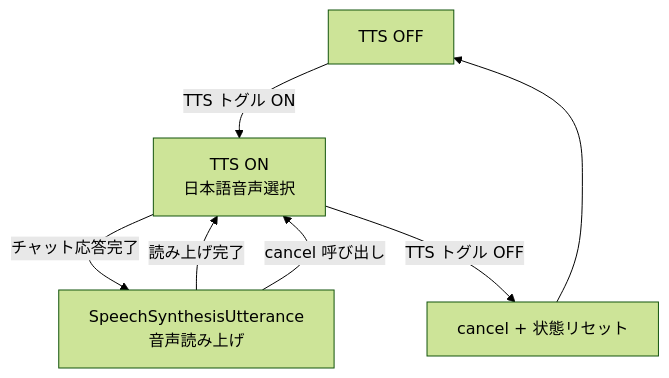
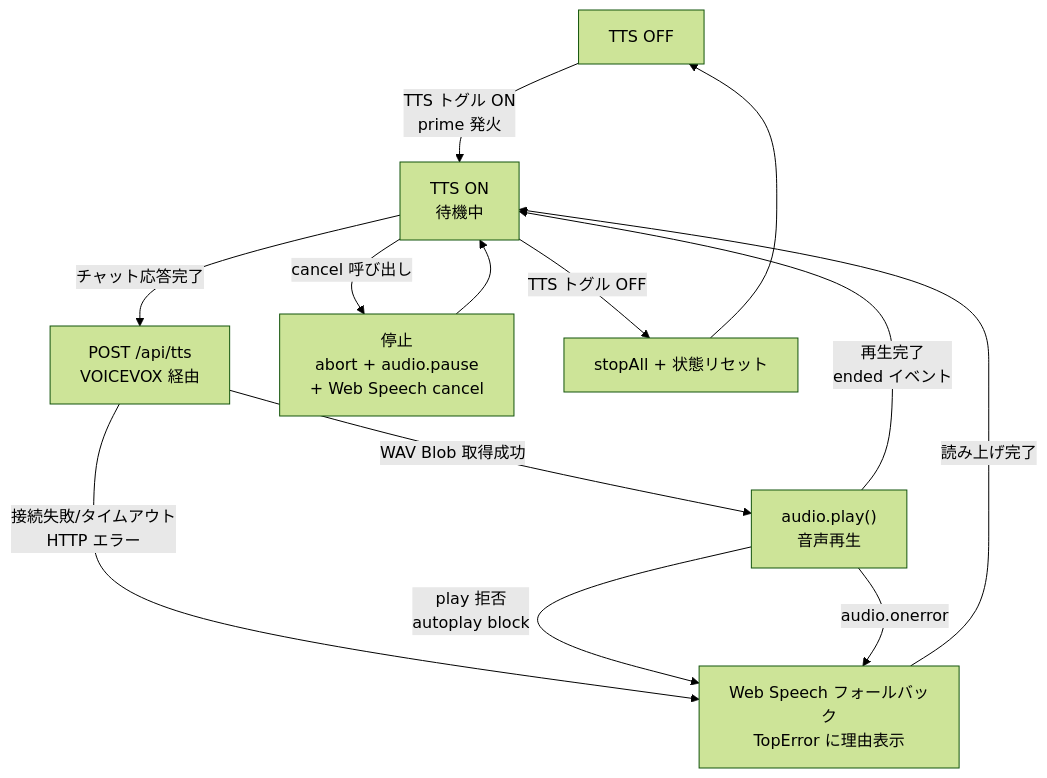
Diagram 41 of 42 in devtools/frontend/docs/screen-flow.md (nyan-tama/Ghostrunner), drawn with Mermaid (forest theme) before and after one commit. The commit also changed other lines of this file and 12 other files, not shown here.

First line of the commit message:
feat: VOICEVOX TTS フロントエンド実装(useTTS全面書換、lib/tts/モジュール群新規、7経路フォールバック)

````diff
--- a/devtools/frontend/docs/screen-flow.md
+++ b/devtools/frontend/docs/screen-flow.md
@@ -1054,9 +1054,15 @@
 ```mermaid
 flowchart TD
-    A[TTS OFF] -->|TTS トグル ON| B[TTS ON<br>日本語音声選択]
-    B -->|チャット応答完了| C[SpeechSynthesisUtterance<br>音声読み上げ]
-    C -->|読み上げ完了| B
-    C -->|cancel 呼び出し| B
-    B -->|TTS トグル OFF| D[cancel + 状態リセット]
-    D --> A
+    A[TTS OFF] -->|TTS トグル ON<br>prime 発火| B[TTS ON<br>待機中]
+    B -->|チャット応答完了| C[POST /api/tts<br>VOICEVOX 経由]
+    C -->|WAV Blob 取得成功| D["audio.play()<br>音声再生"]
+    D -->|再生完了<br>ended イベント| B
+    C -->|接続失敗/タイムアウト<br>HTTP エラー| E[Web Speech フォールバック<br>TopError に理由表示]
+    D -->|play 拒否<br>autoplay block| E
+    D -->|audio.onerror| E
+    E -->|読み上げ完了| B
+    B -->|cancel 呼び出し| F[停止<br>abort + audio.pause<br>+ Web Speech cancel]
+    F --> B
+    B -->|TTS トグル OFF| G[stopAll + 状態リセット]
+    G --> A
 ```
````
